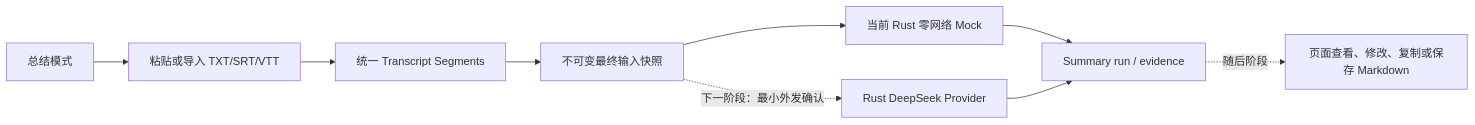
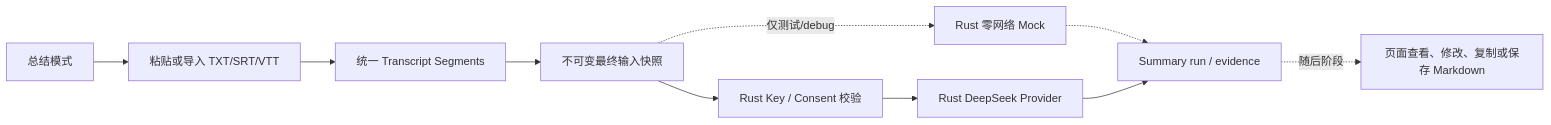
Before and after one commit to Gray-8a/MeetingLens: the second of 7 diagrams in ARCHITECTURE.md, drawn with Mermaid. The commit also changed other lines of this file and 52 other files, not shown here.

Commit message:
feat: add DeepSeek summary provider (#24)

````diff
--- a/ARCHITECTURE.md
+++ b/ARCHITECTURE.md
@@ -29,11 +29,12 @@
 ```mermaid
 flowchart LR
     HOME["总结模式"] --> SOURCE["粘贴或导入 TXT/SRT/VTT"]
     SOURCE --> SEGMENTS["统一 Transcript Segments"]
     SEGMENTS --> SNAPSHOT["不可变最终输入快照"]
-    SNAPSHOT --> MOCK["当前 Rust 零网络 Mock"]
-    SNAPSHOT -. "下一阶段：最小外发确认" .-> DEEPSEEK["Rust DeepSeek Provider"]
-    MOCK --> RUN["Summary run / evidence"]
+    SNAPSHOT --> CONSENT["Rust Key / Consent 校验"]
+    CONSENT --> DEEPSEEK["Rust DeepSeek Provider"]
+    SNAPSHOT -. "仅测试/debug" .-> MOCK["Rust 零网络 Mock"]
+    MOCK -.-> RUN["Summary run / evidence"]
     DEEPSEEK --> RUN
     RUN -. "随后阶段" .-> MINUTES["页面查看、修改、复制或保存 Markdown"]
 ```
````
